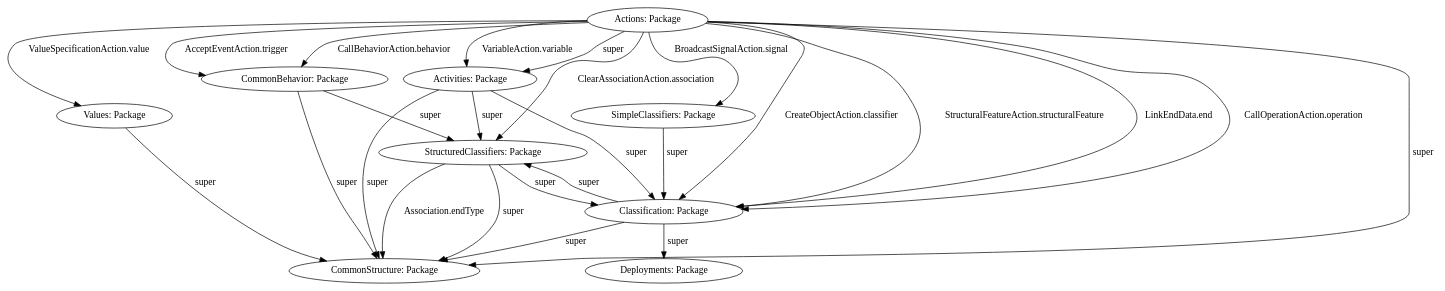
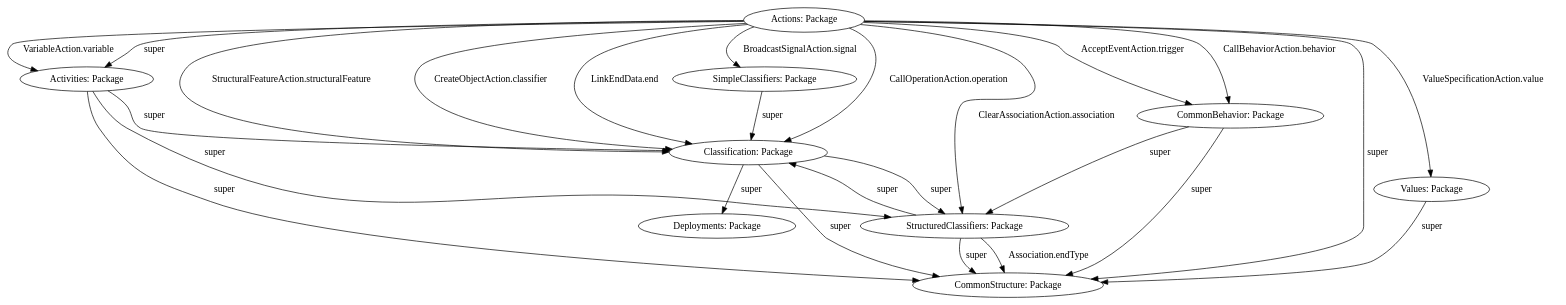
Before and after one commit to manuelohrndorf/sidiff-lifting: the diagram in research/org.sidiff.uml2.classification/slices/UML.Actions.dot, drawn with Graphviz. The commit also changed 36 other files, not shown here.

Commit message:
update uml classification to set lower bound to 0

```diff
--- a/research/org.sidiff.uml2.classification/slices/UML.Actions.dot
+++ b/research/org.sidiff.uml2.classification/slices/UML.Actions.dot
@@ -1,39 +1,39 @@
 digraph{
 {style = filled
 shape = box
 }
-"ID5a5024eb" [label= "Values: Package" style=solid fillcolor = white]
-"ID79aa675b" [label= "StructuredClassifiers: Package" style=solid fillcolor = white]
-"ID4708acc6" [label= "CommonBehavior: Package" style=solid fillcolor = white]
-"ID2821da0a" [label= "Activities: Package" style=solid fillcolor = white]
-"ID6c3830ed" [label= "Deployments: Package" style=solid fillcolor = white]
-"ID46e32574" [label= "Classification: Package" style=solid fillcolor = white]
-"ID597f2d3f" [label= "Actions: Package" style=solid fillcolor = white]
-"ID308d8de8" [label= "SimpleClassifiers: Package" style=solid fillcolor = white]
-"ID1a345c6c" [label= "CommonStructure: Package" style=solid fillcolor = white]
-ID2821da0a -> ID46e32574 [label = "super" style = solid color = black ]
-ID597f2d3f -> ID2821da0a [label = "VariableAction.variable" style = solid color = black ]
-ID597f2d3f -> ID46e32574 [label = "CreateObjectAction.classifier" style = solid color = black ]
-ID597f2d3f -> ID4708acc6 [label = "AcceptEventAction.trigger" style = solid color = black ]
-ID308d8de8 -> ID46e32574 [label = "super" style = solid color = black ]
-ID79aa675b -> ID46e32574 [label = "super" style = solid color = black ]
-ID4708acc6 -> ID79aa675b [label = "super" style = solid color = black ]
-ID597f2d3f -> ID79aa675b [label = "ClearAssociationAction.association" style = solid color = black ]
-ID4708acc6 -> ID1a345c6c [label = "super" style = solid color = black ]
-ID79aa675b -> ID1a345c6c [label = "Association.endType" style = solid color = black ]
-ID79aa675b -> ID1a345c6c [label = "super" style = solid color = black ]
-ID46e32574 -> ID1a345c6c [label = "super" style = solid color = black ]
-ID46e32574 -> ID6c3830ed [label = "super" style = solid color = black ]
-ID597f2d3f -> ID1a345c6c [label = "super" style = solid color = black ]
-ID2821da0a -> ID79aa675b [label = "super" style = solid color = black ]
-ID597f2d3f -> ID46e32574 [label = "StructuralFeatureAction.structuralFeature" style = solid color = black ]
-ID597f2d3f -> ID46e32574 [label = "LinkEndData.end" style = solid color = black ]
-ID597f2d3f -> ID2821da0a [label = "super" style = solid color = black ]
-ID597f2d3f -> ID308d8de8 [label = "BroadcastSignalAction.signal" style = solid color = black ]
-ID46e32574 -> ID79aa675b [label = "super" style = solid color = black ]
-ID597f2d3f -> ID4708acc6 [label = "CallBehaviorAction.behavior" style = solid color = black ]
-ID597f2d3f -> ID5a5024eb [label = "ValueSpecificationAction.value" style = solid color = black ]
-ID5a5024eb -> ID1a345c6c [label = "super" style = solid color = black ]
-ID2821da0a -> ID1a345c6c [label = "super" style = solid color = black ]
-ID597f2d3f -> ID46e32574 [label = "CallOperationAction.operation" style = solid color = black ]
+"ID13f10967" [label= "Activities: Package" style=solid fillcolor = white]
+"ID4f5ad6b7" [label= "SimpleClassifiers: Package" style=solid fillcolor = white]
+"ID420c9959" [label= "Deployments: Package" style=solid fillcolor = white]
+"ID3bb186b" [label= "Classification: Package" style=solid fillcolor = white]
+"ID32f2de5c" [label= "StructuredClassifiers: Package" style=solid fillcolor = white]
+"ID4a2bc71f" [label= "CommonStructure: Package" style=solid fillcolor = white]
+"ID5e537465" [label= "Actions: Package" style=solid fillcolor = white]
+"ID1aaa3406" [label= "CommonBehavior: Package" style=solid fillcolor = white]
+"ID18c432ed" [label= "Values: Package" style=solid fillcolor = white]
+ID13f10967 -> ID32f2de5c [label = "super" style = solid color = black ]
+ID1aaa3406 -> ID4a2bc71f [label = "super" style = solid color = black ]
+ID5e537465 -> ID1aaa3406 [label = "CallBehaviorAction.behavior" style = solid color = black ]
+ID1aaa3406 -> ID32f2de5c [label = "super" style = solid color = black ]
+ID5e537465 -> ID1aaa3406 [label = "AcceptEventAction.trigger" style = solid color = black ]
+ID5e537465 -> ID4f5ad6b7 [label = "BroadcastSignalAction.signal" style = solid color = black ]
+ID13f10967 -> ID4a2bc71f [label = "super" style = solid color = black ]
+ID32f2de5c -> ID4a2bc71f [label = "Association.endType" style = solid color = black ]
+ID32f2de5c -> ID3bb186b [label = "super" style = solid color = black ]
+ID5e537465 -> ID32f2de5c [label = "ClearAssociationAction.association" style = solid color = black ]
+ID5e537465 -> ID18c432ed [label = "ValueSpecificationAction.value" style = solid color = black ]
+ID3bb186b -> ID420c9959 [label = "super" style = solid color = black ]
+ID5e537465 -> ID13f10967 [label = "VariableAction.variable" style = solid color = black ]
+ID5e537465 -> ID3bb186b [label = "CallOperationAction.operation" style = solid color = black ]
+ID5e537465 -> ID3bb186b [label = "StructuralFeatureAction.structuralFeature" style = solid color = black ]
+ID5e537465 -> ID3bb186b [label = "CreateObjectAction.classifier" style = solid color = black ]
+ID18c432ed -> ID4a2bc71f [label = "super" style = solid color = black ]
+ID5e537465 -> ID13f10967 [label = "super" style = solid color = black ]
+ID32f2de5c -> ID4a2bc71f [label = "super" style = solid color = black ]
+ID3bb186b -> ID4a2bc71f [label = "super" style = solid color = black ]
+ID3bb186b -> ID32f2de5c [label = "super" style = solid color = black ]
+ID13f10967 -> ID3bb186b [label = "super" style = solid color = black ]
+ID5e537465 -> ID3bb186b [label = "LinkEndData.end" style = solid color = black ]
+ID4f5ad6b7 -> ID3bb186b [label = "super" style = solid color = black ]
+ID5e537465 -> ID4a2bc71f [label = "super" style = solid color = black ]
 }
```
